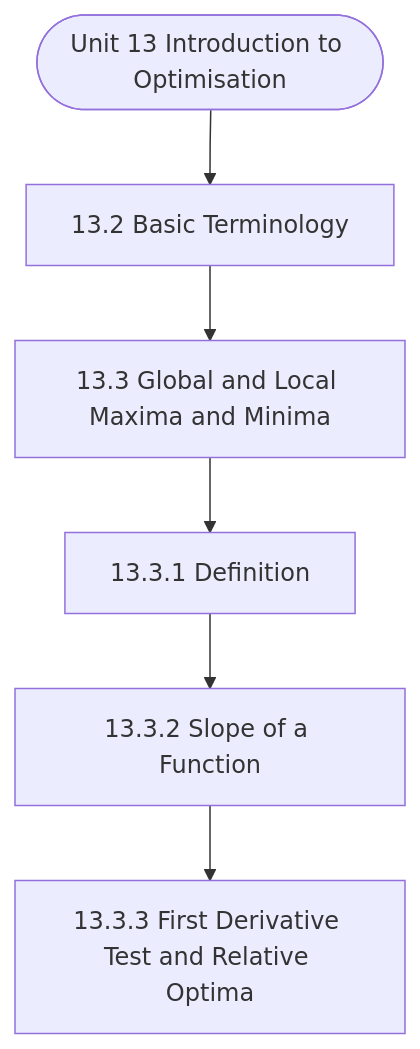
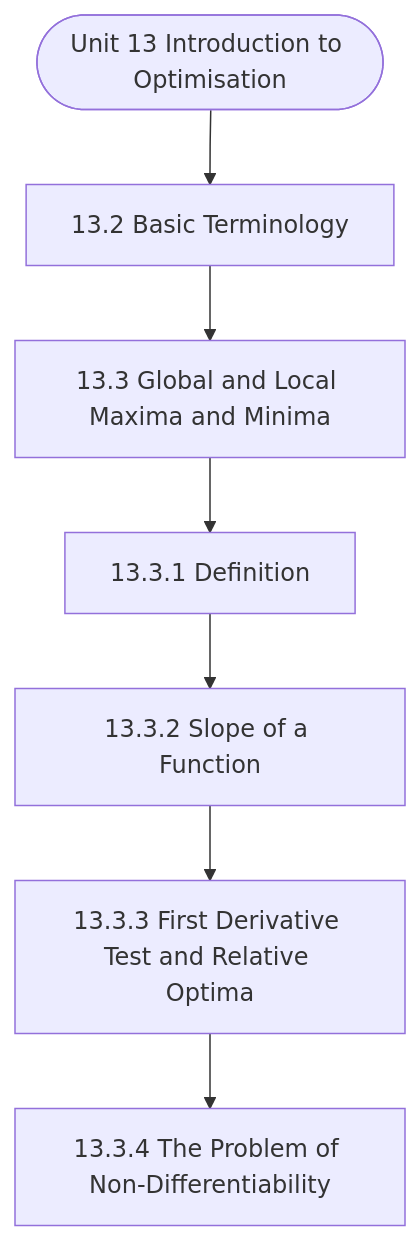
One commit to Asutosh-Coaching/mscdsa changed the diagram in notes/Semester_2/MCS-066_Mathematical_Foundations_-_II/unit_13_Introduction_to_Optimisation.md. Above: the diagram before and after it, drawn with Mermaid. The commit also changed other lines of this file and 116 other files, not shown here.

````diff
--- a/notes/Semester_2/MCS-066_Mathematical_Foundations_-_II/unit_13_Introduction_to_Optimisation.md
+++ b/notes/Semester_2/MCS-066_Mathematical_Foundations_-_II/unit_13_Introduction_to_Optimisation.md
@@ -19,14 +19,16 @@
 ```mermaid
 flowchart TD
   Start(["Unit 13 Introduction to Optimisation"])
   N1["13.2 Basic Terminology"]
   N2["13.3 Global and Local Maxima and Minima"]
   N3["13.3.1 Definition"]
   N4["13.3.2 Slope of a Function"]
   N5["13.3.3 First Derivative Test and Relative Optima"]
+  N6["13.3.4 The Problem of Non-Differentiability"]
   Start --> N1
   N1 --> N2
   N2 --> N3
   N3 --> N4
   N4 --> N5
+  N5 --> N6
 ```
````
